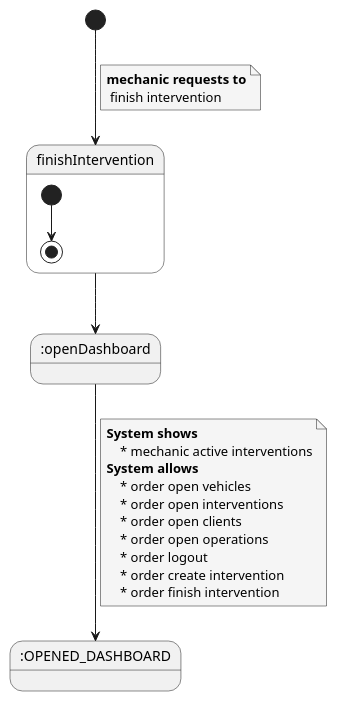
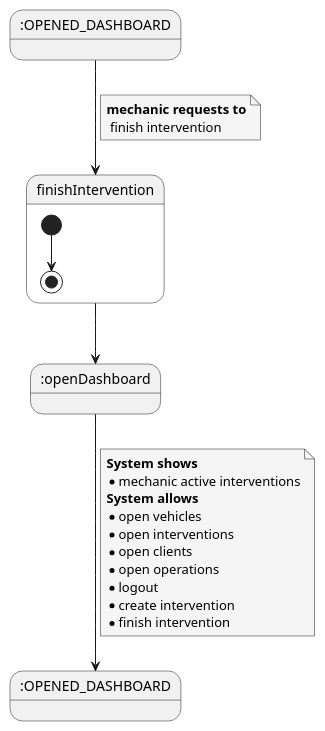
The diagram in documentation/1requiremets/usecases_specification/puml/finishIntervention.puml (Ruskab/agrimManager), drawn with PlantUML before and after one commit. The commit also changed 13 other files, not shown here.

```diff
--- a/documentation/1requiremets/usecases_specification/puml/finishIntervention.puml
+++ b/documentation/1requiremets/usecases_specification/puml/finishIntervention.puml
@@ -1,35 +1,36 @@
 @startuml
 skinparam {
     NoteBackgroundColor #whiteSmoke
 }
 
+state initState as ":OPENED_DASHBOARD"
 state openDashboard as ":openDashboard"
 state OPENED_DASHBOARD as ":OPENED_DASHBOARD"
 
-[*] --> finishIntervention
+initState --> finishIntervention
 note on link
     <b>mechanic requests to</b>
      finish intervention
 end note
 
 state finishIntervention{
     [*] --> [*]
 }
 
 finishIntervention --> openDashboard
 
 openDashboard --> OPENED_DASHBOARD
 note on link
 <b>System shows</b>
-    * mechanic active interventions
+* mechanic active interventions
 <b>System allows</b>
-    * order open vehicles
-    * order open interventions
-    * order open clients
-    * order open operations
-    * order logout
-    * order create intervention
-    * order finish intervention
+* open vehicles
+* open interventions
+* open clients
+* open operations
+* logout
+* create intervention
+* finish intervention
 end note
 
 @enduml
```
